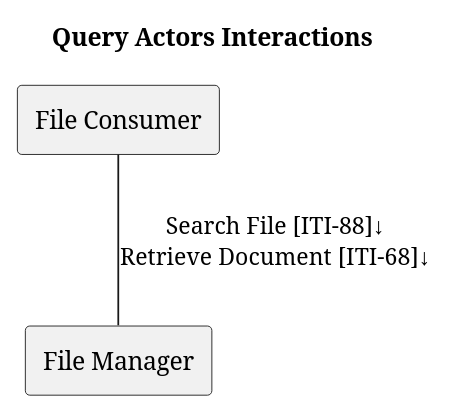
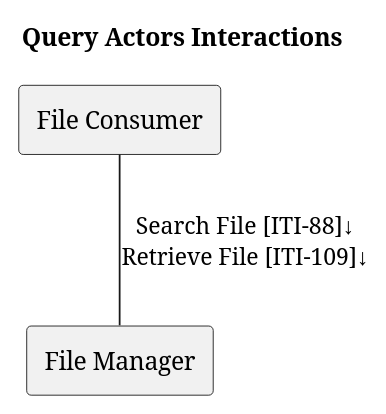
The diagram in input/images-source/FileConsumerOption.plantuml (IHE/ITI.NPFS), drawn with PlantUML before and after one commit. The commit also changed 19 other files, not shown here.

```diff
--- a/input/images-source/FileConsumerOption.plantuml
+++ b/input/images-source/FileConsumerOption.plantuml
@@ -1,6 +1,6 @@
 @startuml
 title Query Actors Interactions
 agent "File Consumer" as FileConsumer
 agent "File Manager" as FileManager
-FileConsumer -- FileManager : "Search File [ITI-88]↓\nRetrieve Document [ITI-68]↓"
+FileConsumer -- FileManager : "Search File [ITI-88]↓\nRetrieve File [ITI-109]↓"
 @enduml
```
